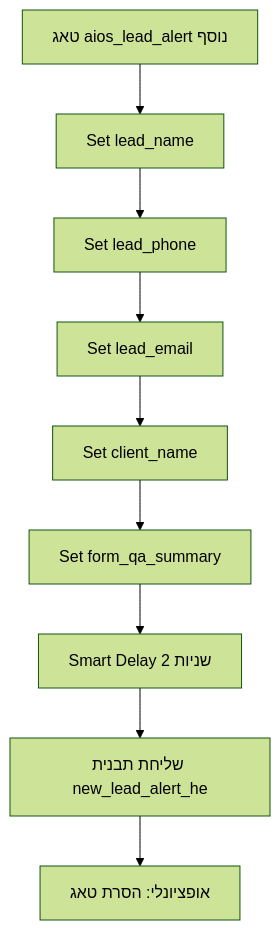
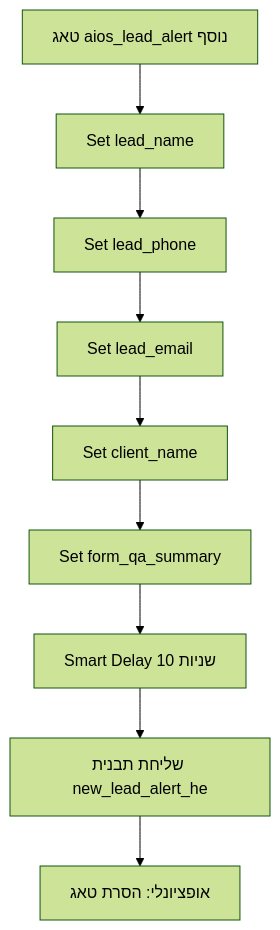
The diagram in docs/manychat-flow-remap-guide.md (davidcastelnuovo/aios), drawn with Mermaid (forest theme) before and after one commit. The commit also changed other lines of this file and 1 other file, not shown here.

Commit message:
docs: ManyChat Smart Delay minimum is 10 seconds

````diff
--- a/docs/manychat-flow-remap-guide.md
+++ b/docs/manychat-flow-remap-guide.md
@@ -27,11 +27,11 @@
 ```mermaid
 flowchart TD
     A[טאג aios_lead_alert נוסף] --> B[Set lead_name]
     B --> C[Set lead_phone]
     C --> D[Set lead_email]
     D --> E[Set client_name]
     E --> F[Set form_qa_summary]
-    F --> G[Smart Delay 2 שניות]
+    F --> G[Smart Delay 10 שניות]
     G --> H[שליחת תבנית new_lead_alert_he]
     H --> I[אופציונלי: הסרת טאג]
 ```
````
